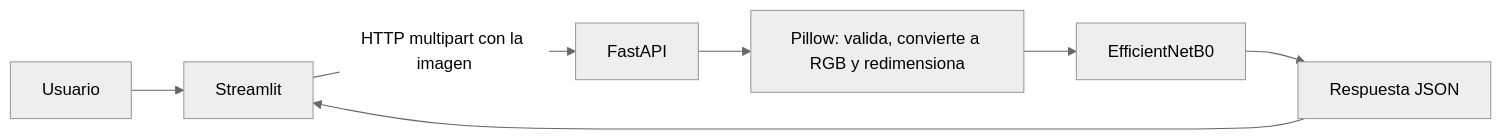
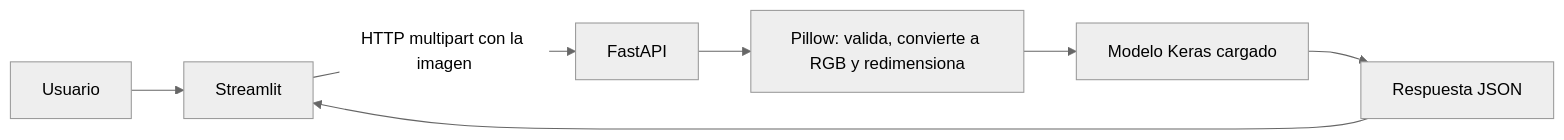
Before and after one commit to jotkma12/FruitVisionAI: the diagram in docs/technical.md, drawn with Mermaid (neutral theme). The commit also changed other lines of this file and 22 other files, not shown here.

````diff
--- a/docs/technical.md
+++ b/docs/technical.md
@@ -35,9 +35,9 @@
 ```mermaid
 flowchart LR
     U[Usuario] --> S[Streamlit]
     S -->|HTTP multipart con la imagen| F[FastAPI]
     F --> P[Pillow: valida, convierte a RGB y redimensiona]
-    P --> M[EfficientNetB0]
+    P --> M[Modelo Keras cargado]
     M --> J[Respuesta JSON]
     J --> S
 ```
````
